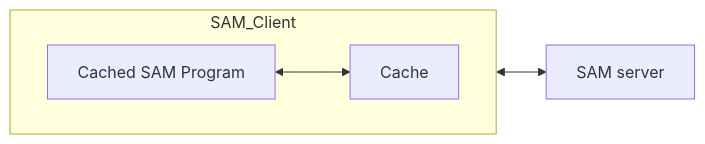
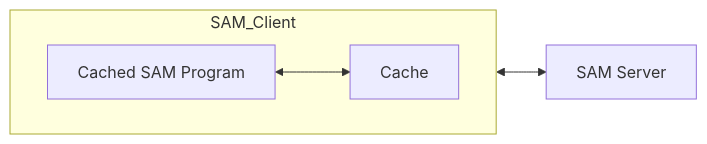
One commit to NikhilSDate/Cached-OSAM changed the diagram in README.md. Above: the diagram before and after it, drawn with Mermaid. The commit also changed other lines of this file, not shown here.

````diff
--- a/README.md
+++ b/README.md
@@ -7,14 +7,14 @@
 ```mermaid
 flowchart LR
     SAM_Client["SAM Client"]
-    SAM_Server["SAM server"]
+    SAM_Server["SAM Server"]
 
     SAM_Client <--> SAM_Server
 
     subgraph SAM_Client
         direction LR
         CSP["Cached SAM Program"]
         CACHE["Cache"]
         CSP <--> CACHE
     end
 ```
````
